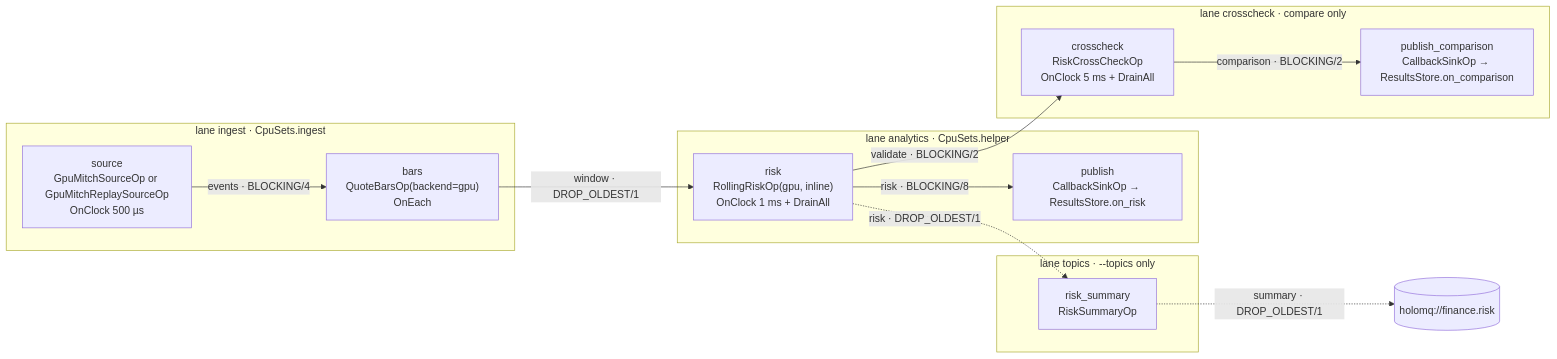
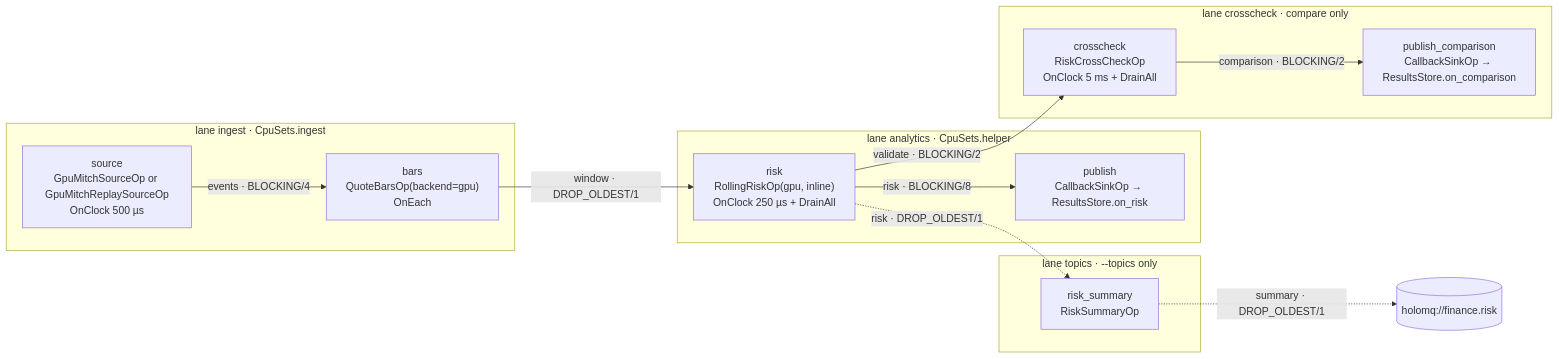
Before and after one commit to nvidia-holoscan/holoscan-finance: the first of 3 diagrams in docs/ARCHITECTURE.md, drawn with Mermaid. The commit also changed other lines of this file and 69 other files, not shown here.

````diff
--- a/docs/ARCHITECTURE.md
+++ b/docs/ARCHITECTURE.md
@@ -41,25 +41,25 @@
 ```mermaid
 flowchart LR
     subgraph ingest["lane ingest · CpuSets.ingest"]
         source["source<br/>GpuMitchSourceOp or GpuMitchReplaySourceOp<br/>OnClock 500 µs"]
         bars["bars<br/>QuoteBarsOp(backend=gpu)<br/>OnEach"]
         source -->|"events · BLOCKING/4"| bars
     end
     subgraph analytics["lane analytics · CpuSets.helper"]
-        risk["risk<br/>RollingRiskOp(gpu, inline)<br/>OnClock 1 ms + DrainAll"]
+        risk["risk<br/>RollingRiskOp(gpu, inline)<br/>OnClock 250 µs + DrainAll"]
         publish["publish<br/>CallbackSinkOp → ResultsStore.on_risk"]
         risk -->|"risk · BLOCKING/8"| publish
     end
     subgraph crosscheck["lane crosscheck · compare only"]
         xc["crosscheck<br/>RiskCrossCheckOp<br/>OnClock 5 ms + DrainAll"]
         pc["publish_comparison<br/>CallbackSinkOp → ResultsStore.on_comparison"]
         xc -->|"comparison · BLOCKING/2"| pc
     end
     subgraph topics["lane topics · --topics only"]
         summary["risk_summary<br/>RiskSummaryOp"]
     end
     bars -->|"window · DROP_OLDEST/1"| risk
     risk -->|"validate · BLOCKING/2"| xc
     risk -.->|"risk · DROP_OLDEST/1"| summary
     summary -.->|"summary · DROP_OLDEST/1"| topic[("holomq://finance.risk")]
 ```
````
